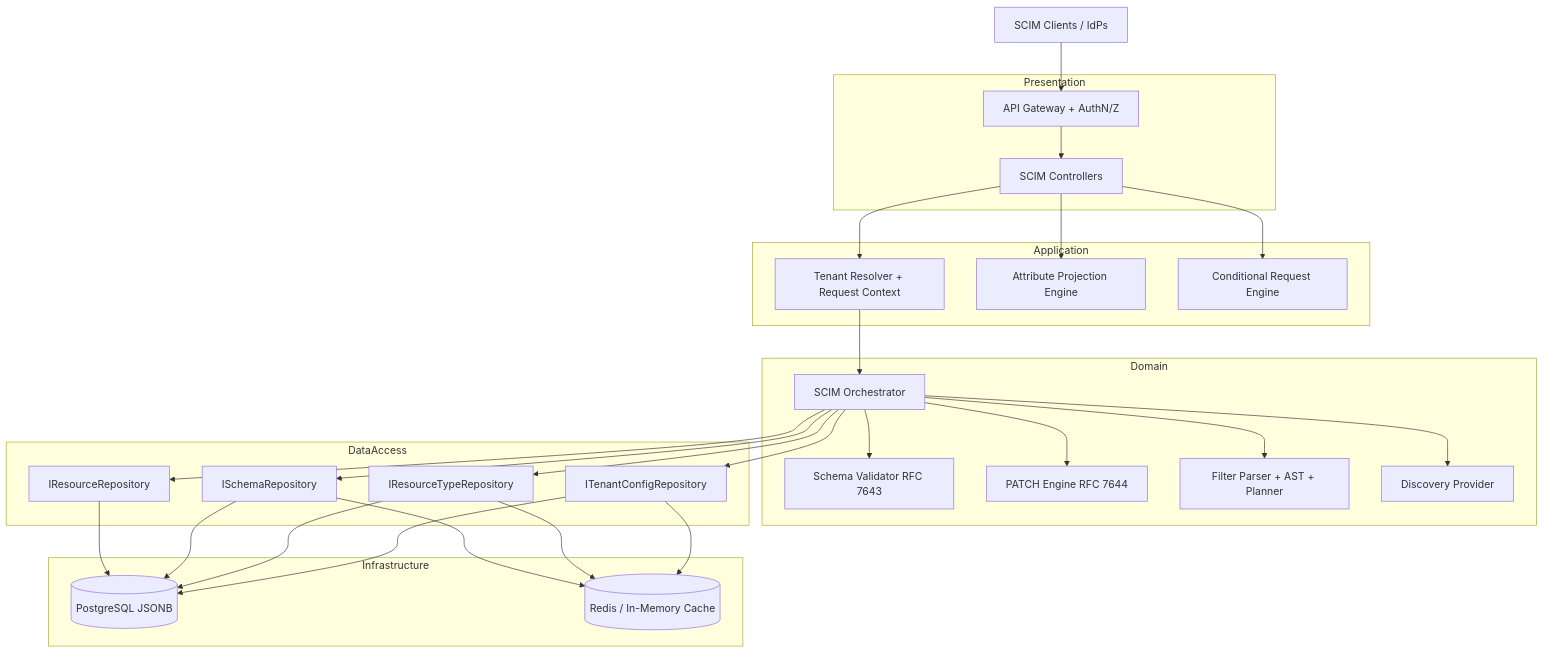
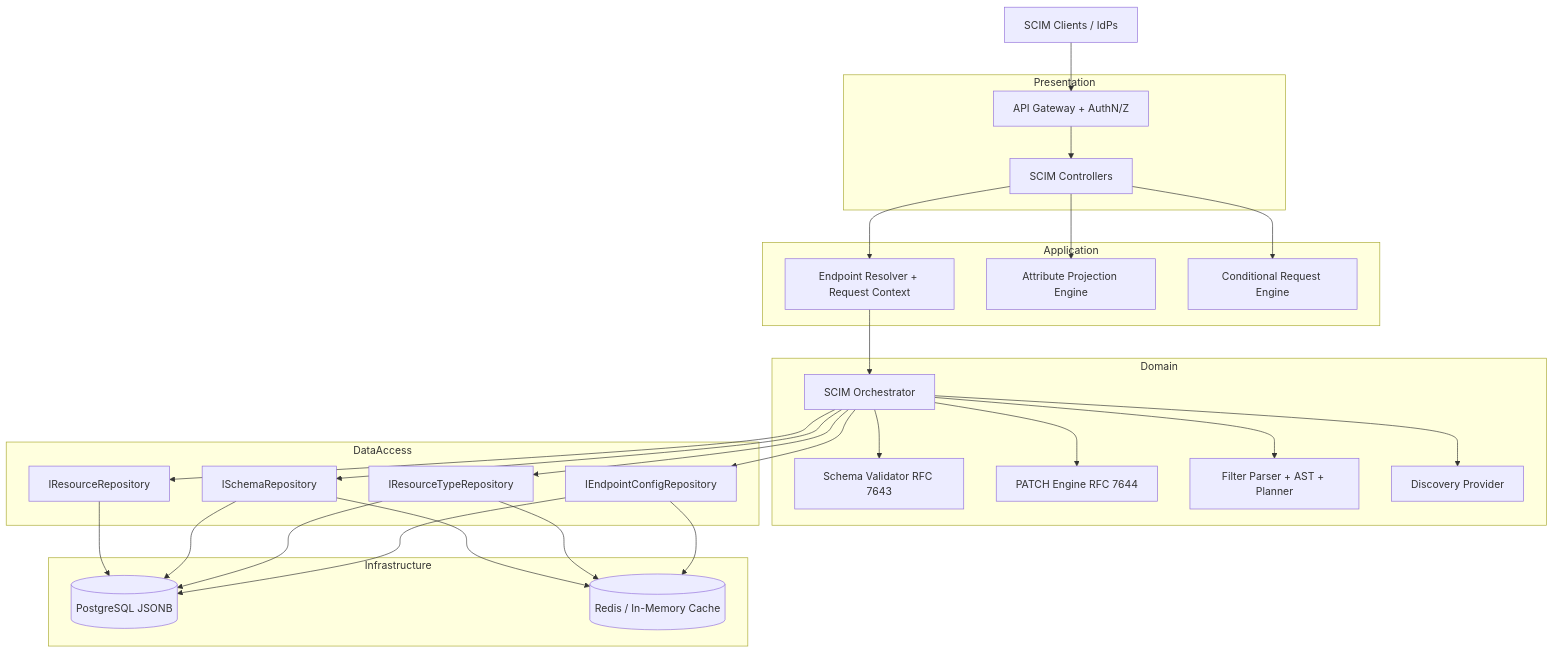
Before and after one commit to pranems/SCIMServer: the first of 3 diagrams in docs/IDEAL_SCIM_ARCHITECTURE_RFC_FIRST_FRESH_2026-02-20.md, drawn with Mermaid. The commit also changed other lines of this file and 288 other files, not shown here.

````diff
--- a/docs/IDEAL_SCIM_ARCHITECTURE_RFC_FIRST_FRESH_2026-02-20.md
+++ b/docs/IDEAL_SCIM_ARCHITECTURE_RFC_FIRST_FRESH_2026-02-20.md
@@ -41,39 +41,39 @@
 ```mermaid
 graph TD
   C[SCIM Clients / IdPs] --> G[API Gateway + AuthN/Z]
 
   subgraph Presentation
     G --> CTRL[SCIM Controllers]
   end
 
   subgraph Application
-    CTRL --> RCTX[Tenant Resolver + Request Context]
+    CTRL --> RCTX[Endpoint Resolver + Request Context]
     CTRL --> PROJ[Attribute Projection Engine]
     CTRL --> ETAG[Conditional Request Engine]
   end
 
   subgraph Domain
     RCTX --> ORCH[SCIM Orchestrator]
     ORCH --> VALID[Schema Validator RFC 7643]
     ORCH --> PATCH[PATCH Engine RFC 7644]
     ORCH --> FILTER[Filter Parser + AST + Planner]
     ORCH --> DISC[Discovery Provider]
   end
 
   subgraph DataAccess
     ORCH --> IRES[IResourceRepository]
     ORCH --> ISCH[ISchemaRepository]
     ORCH --> IRT[IResourceTypeRepository]
-    ORCH --> ICFG[ITenantConfigRepository]
+    ORCH --> ICFG[IEndpointConfigRepository]
   end
 
   subgraph Infrastructure
     IRES --> PG[(PostgreSQL JSONB)]
     ISCH --> PG
     IRT --> PG
     ICFG --> PG
     ISCH --> CACHE[(Redis / In-Memory Cache)]
     IRT --> CACHE
     ICFG --> CACHE
   end
 ```
````
